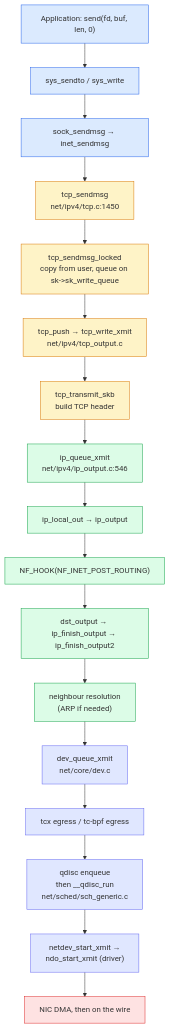
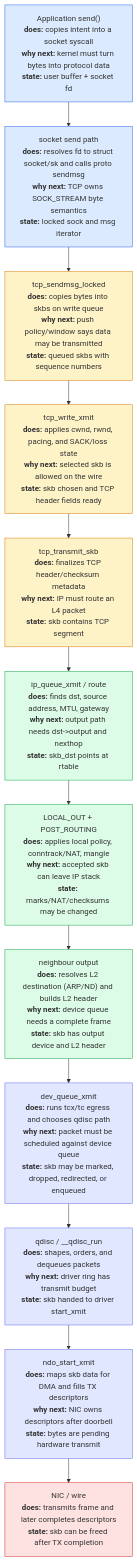
Before and after one commit to biefy/books: the diagram in linux-net/src/diagrams/src/day03_tx_path.mmd, drawn with Mermaid. The commit also changed 92 other files, not shown here.

First line of the commit message:
Fix book accuracy and explanatory diagrams

```diff
--- a/linux-net/src/diagrams/src/day03_tx_path.mmd
+++ b/linux-net/src/diagrams/src/day03_tx_path.mmd
@@ -1,37 +1,26 @@
 flowchart TD
-    App["Application: send(fd, buf, len, 0)"]
-    Sys["sys_sendto / sys_write"]
-    Sock["sock_sendmsg → inet_sendmsg"]
+    App["Application send()<br/><b>does:</b> copies intent into a socket syscall<br/><b>why next:</b> kernel must turn bytes into protocol data<br/><b>state:</b> user buffer + socket fd"]
+    Sock["socket send path<br/><b>does:</b> resolves fd to struct socket/sk and calls proto sendmsg<br/><b>why next:</b> TCP owns SOCK_STREAM byte semantics<br/><b>state:</b> locked sock and msg iterator"]
+    Queue["tcp_sendmsg_locked<br/><b>does:</b> copies bytes into skbs on write queue<br/><b>why next:</b> push policy/window says data may be transmitted<br/><b>state:</b> queued skbs with sequence numbers"]
+    Xmit["tcp_write_xmit<br/><b>does:</b> applies cwnd, rwnd, pacing, and SACK/loss state<br/><b>why next:</b> selected skb is allowed on the wire<br/><b>state:</b> skb chosen and TCP header fields ready"]
+    TCPHdr["tcp_transmit_skb<br/><b>does:</b> finalizes TCP header/checksum metadata<br/><b>why next:</b> IP must route an L4 packet<br/><b>state:</b> skb contains TCP segment"]
+    Route["ip_queue_xmit / route<br/><b>does:</b> finds dst, source address, MTU, gateway<br/><b>why next:</b> output path needs dst->output and nexthop<br/><b>state:</b> skb_dst points at rtable"]
+    LocalOut["LOCAL_OUT + POST_ROUTING<br/><b>does:</b> applies local policy, conntrack/NAT, mangle<br/><b>why next:</b> accepted skb can leave IP stack<br/><b>state:</b> marks/NAT/checksums may be changed"]
+    Neigh["neighbour output<br/><b>does:</b> resolves L2 destination (ARP/ND) and builds L2 header<br/><b>why next:</b> device queue needs a complete frame<br/><b>state:</b> skb has output device and L2 header"]
+    DevQ["dev_queue_xmit<br/><b>does:</b> runs tcx/tc egress and chooses qdisc path<br/><b>why next:</b> packet must be scheduled against device queue<br/><b>state:</b> skb may be marked, dropped, redirected, or enqueued"]
+    Qdisc["qdisc / __qdisc_run<br/><b>does:</b> shapes, orders, and dequeues packets<br/><b>why next:</b> driver ring has transmit budget<br/><b>state:</b> skb handed to driver start_xmit"]
+    Driver["ndo_start_xmit<br/><b>does:</b> maps skb data for DMA and fills TX descriptors<br/><b>why next:</b> NIC owns descriptors after doorbell<br/><b>state:</b> bytes are pending hardware transmit"]
+    Wire["NIC / wire<br/><b>does:</b> transmits frame and later completes descriptors<br/><b>state:</b> skb can be freed after TX completion"]
 
-    TCP["tcp_sendmsg<br/>net/ipv4/tcp.c:1450"]
-    Locked["tcp_sendmsg_locked<br/>copy from user, queue on sk->sk_write_queue"]
-    XmitTrigger["tcp_push → tcp_write_xmit<br/>net/ipv4/tcp_output.c"]
-    Transmit["tcp_transmit_skb<br/>build TCP header"]
-
-    IpOut["ip_queue_xmit<br/>net/ipv4/ip_output.c:546"]
-    IpLocalOut["ip_local_out → ip_output"]
-    NfPostRouting["NF_HOOK(NF_INET_POST_ROUTING)"]
-    DstOut["dst_output → ip_finish_output → ip_finish_output2"]
-
-    Neighbor["neighbour resolution<br/>(ARP if needed)"]
-    DevXmit["dev_queue_xmit<br/>net/core/dev.c"]
-    Tcx["tcx egress / tc-bpf egress"]
-
-    Qdisc["qdisc enqueue<br/>then __qdisc_run<br/>net/sched/sch_generic.c"]
-    Drv["netdev_start_xmit →<br/>ndo_start_xmit (driver)"]
-    HW["NIC DMA, then on the wire"]
-
-    App --> Sys --> Sock --> TCP --> Locked --> XmitTrigger --> Transmit
-    Transmit --> IpOut --> IpLocalOut --> NfPostRouting --> DstOut
-    DstOut --> Neighbor --> DevXmit --> Tcx --> Qdisc --> Drv --> HW
+    App --> Sock --> Queue --> Xmit --> TCPHdr --> Route --> LocalOut --> Neigh --> DevQ --> Qdisc --> Driver --> Wire
 
     classDef us fill:#dbeafe,stroke:#2563eb
     classDef tcp fill:#fef3c7,stroke:#d97706
     classDef ip fill:#dcfce7,stroke:#16a34a
     classDef dev fill:#e0e7ff,stroke:#6366f1
     classDef hw fill:#fee2e2,stroke:#dc2626
-    class App,Sys,Sock us
-    class TCP,Locked,XmitTrigger,Transmit tcp
-    class IpOut,IpLocalOut,NfPostRouting,DstOut,Neighbor ip
-    class DevXmit,Tcx,Qdisc,Drv dev
-    class HW hw
+    class App,Sock us
+    class Queue,Xmit,TCPHdr tcp
+    class Route,LocalOut,Neigh ip
+    class DevQ,Qdisc,Driver dev
+    class Wire hw
```
